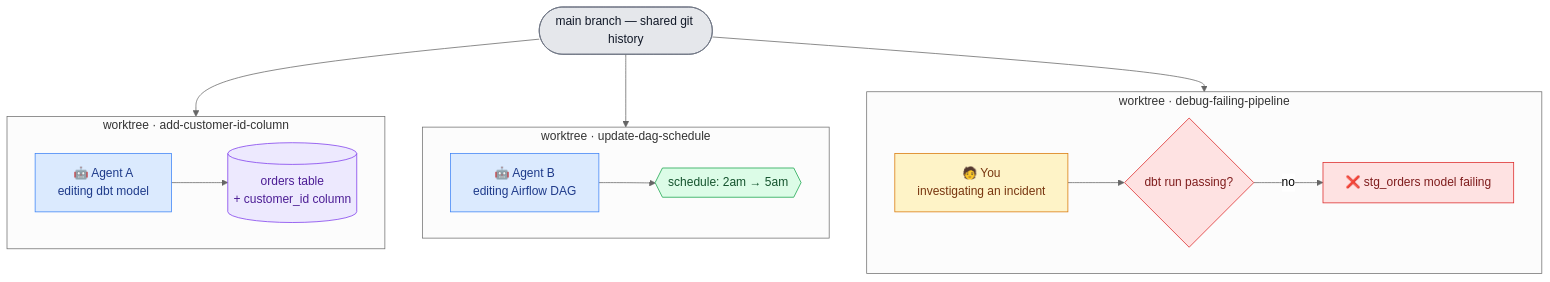
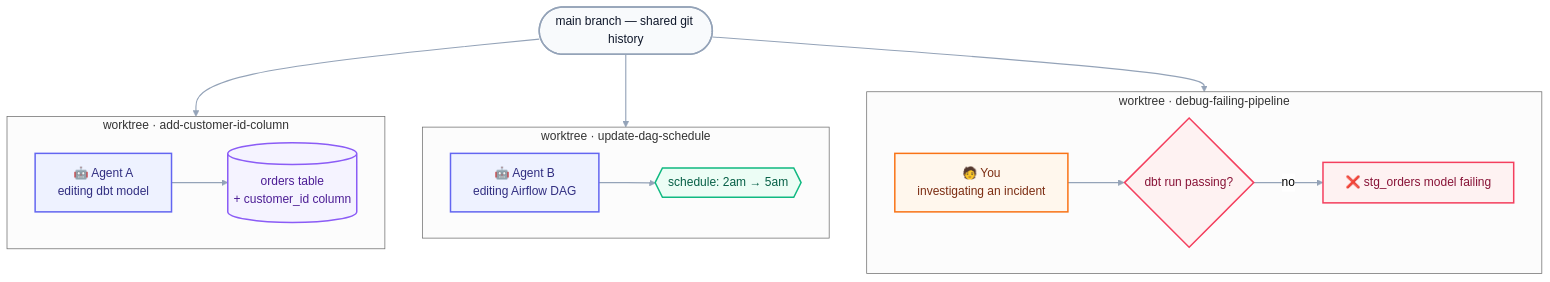
Before and after one commit to luiul/coppice: the first of 2 diagrams in README.md, drawn with Mermaid (neutral theme). The commit also changed other lines of this file, not shown here.

Commit message:
style: modernize mermaid diagram colors in README

````diff
--- a/README.md
+++ b/README.md
@@ -34,41 +34,43 @@
 ```mermaid
 flowchart TD
     main(["main branch — shared git history"])
 
     subgraph wtA["worktree · add-customer-id-column"]
         agentA["🤖 Agent A<br/>editing dbt model"]
         tableA[("orders table<br/>+ customer_id column")]
         agentA --> tableA
     end
 
     subgraph wtB["worktree · update-dag-schedule"]
         agentB["🤖 Agent B<br/>editing Airflow DAG"]
         configB{{"schedule: 2am → 5am"}}
         agentB --> configB
     end
 
     subgraph wtC["worktree · debug-failing-pipeline"]
         you["🧑 You<br/>investigating an incident"]
         decisionC{"dbt run passing?"}
         failTask["❌ stg_orders model failing"]
         you --> decisionC
         decisionC -- no --> failTask
     end
 
     main --> wtA
     main --> wtB
     main --> wtC
 
-    classDef agent fill:#dbeafe,stroke:#3b82f6,color:#1e3a8a;
-    classDef human fill:#fef3c7,stroke:#d97706,color:#78350f;
-    classDef mainNode fill:#e5e7eb,stroke:#6b7280,color:#111827;
-    classDef store fill:#ede9fe,stroke:#7c3aed,color:#4c1d95;
-    classDef config fill:#dcfce7,stroke:#16a34a,color:#14532d;
-    classDef incident fill:#fee2e2,stroke:#dc2626,color:#7f1d1d;
+    linkStyle default stroke:#94a3b8,stroke-width:1.5px;
+
+    classDef agent fill:#eef2ff,stroke:#6366f1,stroke-width:2px,color:#312e81;
+    classDef human fill:#fff7ed,stroke:#f97316,stroke-width:2px,color:#7c2d12;
+    classDef mainNode fill:#f8fafc,stroke:#94a3b8,stroke-width:2px,color:#0f172a;
+    classDef store fill:#f5f3ff,stroke:#8b5cf6,stroke-width:2px,color:#4c1d95;
+    classDef config fill:#ecfdf5,stroke:#10b981,stroke-width:2px,color:#065f46;
+    classDef incident fill:#fef2f2,stroke:#f43f5e,stroke-width:2px,color:#881337;
     class agentA,agentB agent;
     class you human;
     class main mainNode;
     class tableA store;
     class configB config;
     class decisionC,failTask incident;
 ```
````
